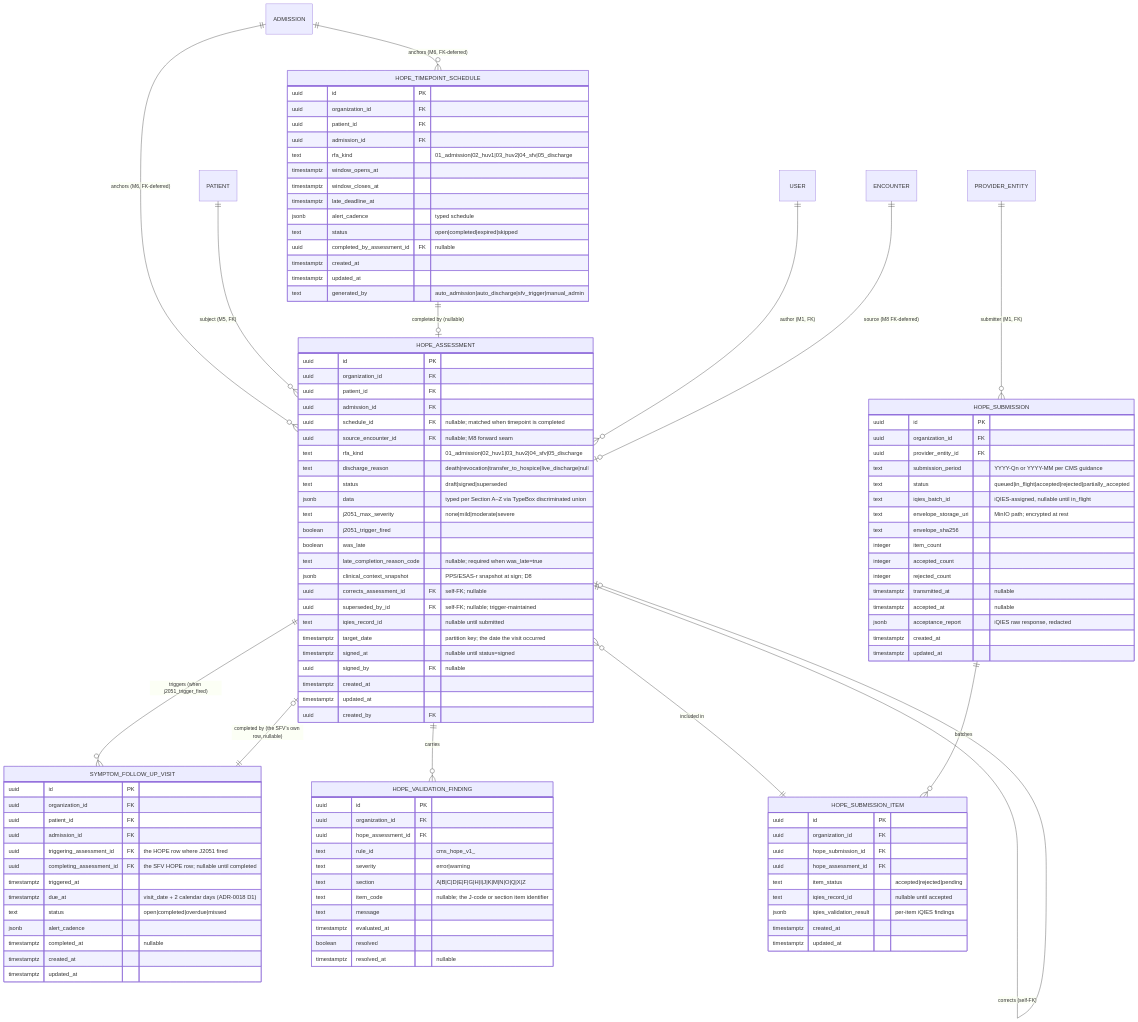
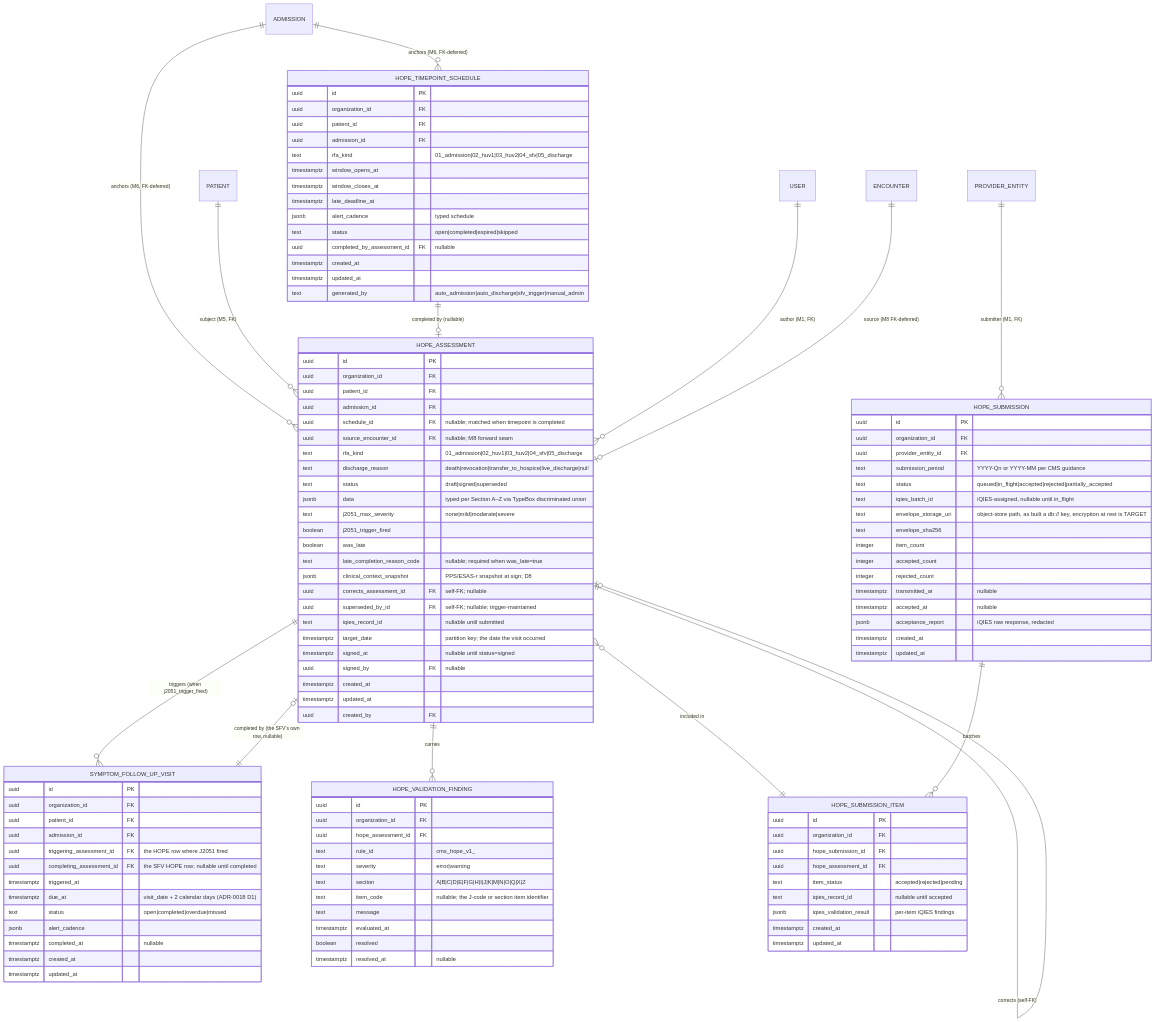
The diagram in docs/modules/CHARTWARDEN_MODULE_10_HOPE_ENGINE_SPEC_v0_2.md (Engrace-Hospice/chartwarden), drawn with Mermaid before and after one commit. The commit also changed other lines of this file and 9 other files, not shown here.

First line of the commit message:
docs(modules): code fences use the renamed object-key columns and name the object store

```diff
--- a/docs/modules/CHARTWARDEN_MODULE_10_HOPE_ENGINE_SPEC_v0_2.md
+++ b/docs/modules/CHARTWARDEN_MODULE_10_HOPE_ENGINE_SPEC_v0_2.md
@@ -274,7 +274,7 @@
     text submission_period "YYYY-Qn or YYYY-MM per CMS guidance"
     text status "queued|in_flight|accepted|rejected|partially_accepted"
     text iqies_batch_id "iQIES-assigned, nullable until in_flight"
-    text envelope_storage_uri "MinIO path; encrypted at rest"
+    text envelope_storage_uri "object-store path, as built a db:// key, encryption at rest is TARGET"
     text envelope_sha256
     integer item_count
     integer accepted_count
```
